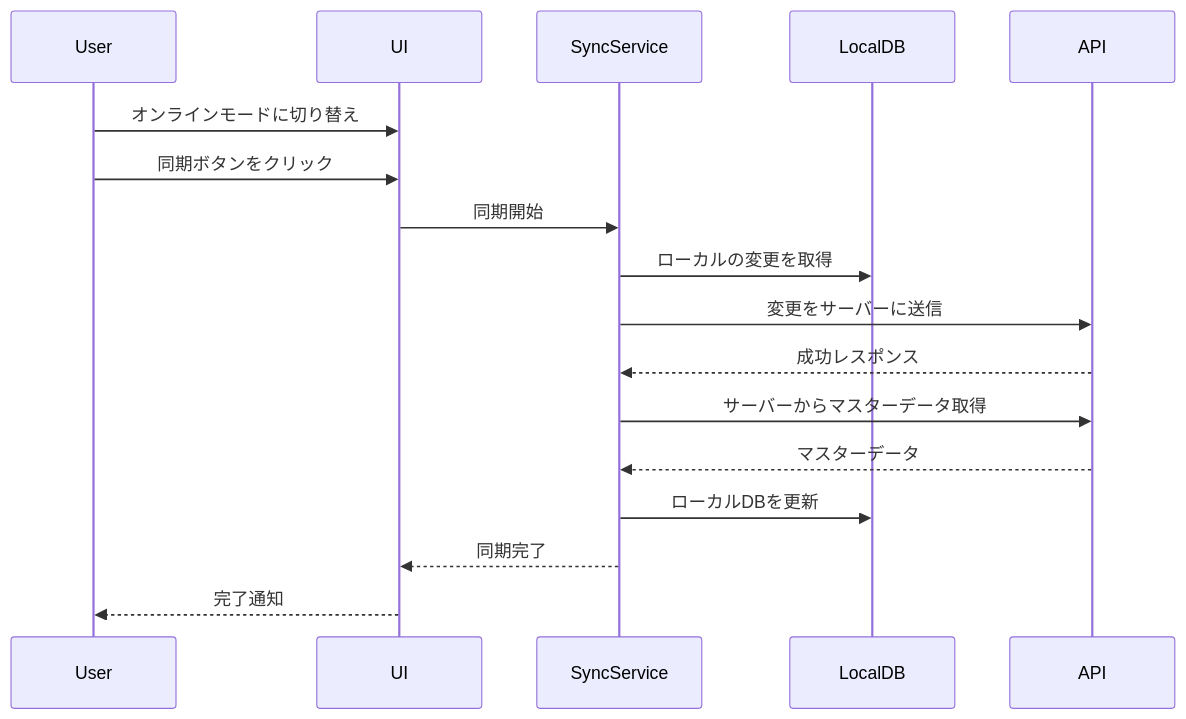
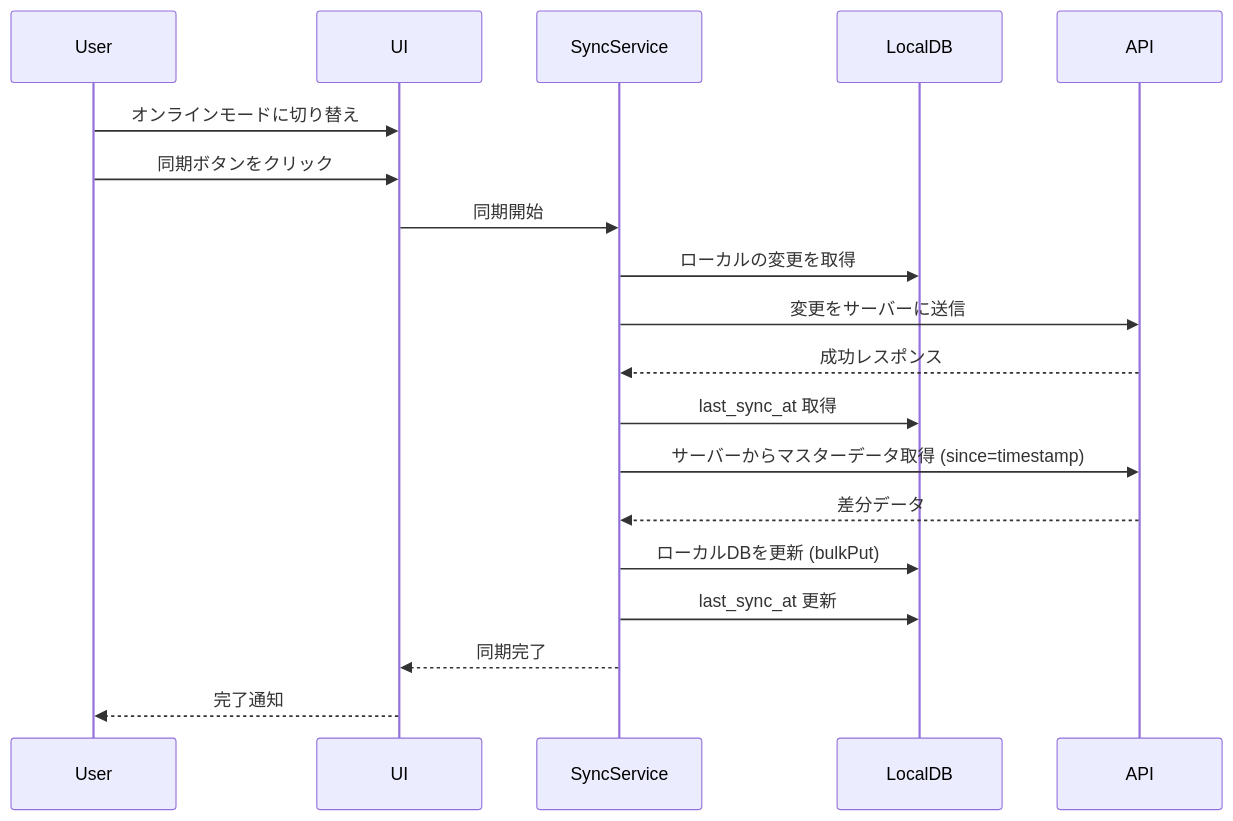
The second of 6 diagrams in frontend/ARCHITECTURE.md (funayamateppei/local_bridge), drawn with Mermaid before and after one commit. The commit also changed other lines of this file and 4 other files, not shown here.

````diff
--- a/frontend/ARCHITECTURE.md
+++ b/frontend/ARCHITECTURE.md
@@ -110,23 +110,25 @@
 ```mermaid
 sequenceDiagram
     participant User
     participant UI
     participant SyncService
     participant LocalDB
     participant API
 
     User->>UI: オンラインモードに切り替え
     User->>UI: 同期ボタンをクリック
     UI->>SyncService: 同期開始
 
     SyncService->>LocalDB: ローカルの変更を取得
     SyncService->>API: 変更をサーバーに送信
     API-->>SyncService: 成功レスポンス
 
-    SyncService->>API: サーバーからマスターデータ取得
-    API-->>SyncService: マスターデータ
-    SyncService->>LocalDB: ローカルDBを更新
+    SyncService->>LocalDB: last_sync_at 取得
+    SyncService->>API: サーバーからマスターデータ取得 (since=timestamp)
+    API-->>SyncService: 差分データ
+    SyncService->>LocalDB: ローカルDBを更新 (bulkPut)
+    SyncService->>LocalDB: last_sync_at 更新
 
     SyncService-->>UI: 同期完了
     UI-->>User: 完了通知
 ```
````
